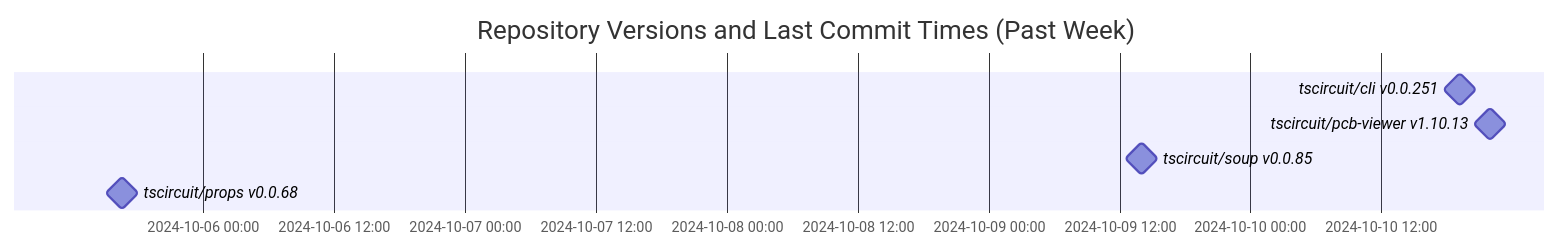
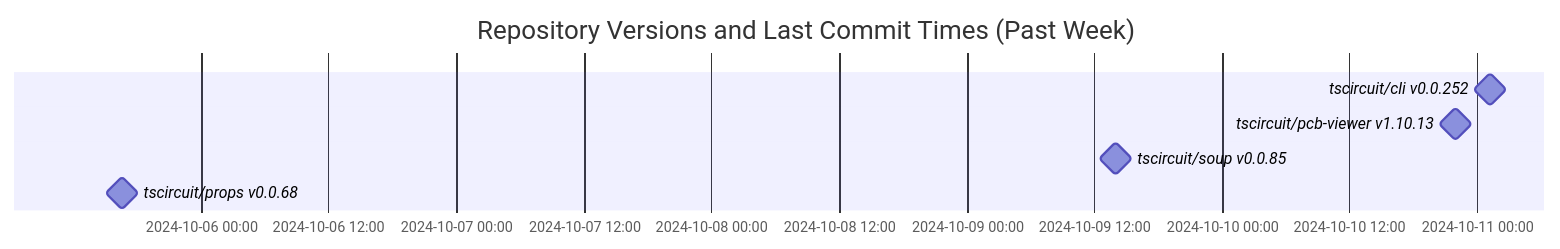
One commit to tscircuit/version-tracker changed the diagram in README.md. Above: the diagram before and after it, drawn with Mermaid.

Commit message:
Update chart

````diff
--- a/README.md
+++ b/README.md
@@ -1,11 +1,11 @@
 ```mermaid
 gantt
   dateFormat  YYYY-MM-DD HH:mm:ss
   title Repository Versions and Last Commit Times (Past Week)
   axisFormat %Y-%m-%d %H:%M
 
-  tscircuit/cli v0.0.251 : milestone, 2024-10-10 19:16:36, 1s
+  tscircuit/cli v0.0.252 : milestone, 2024-10-11 01:13:13, 1s
   tscircuit/pcb-viewer v1.10.13 : milestone, 2024-10-10 21:59:08, 1s
   tscircuit/soup v0.0.85 : milestone, 2024-10-09 14:03:06, 1s
   tscircuit/props v0.0.68 : milestone, 2024-10-05 16:34:46, 1s
 ```
````
